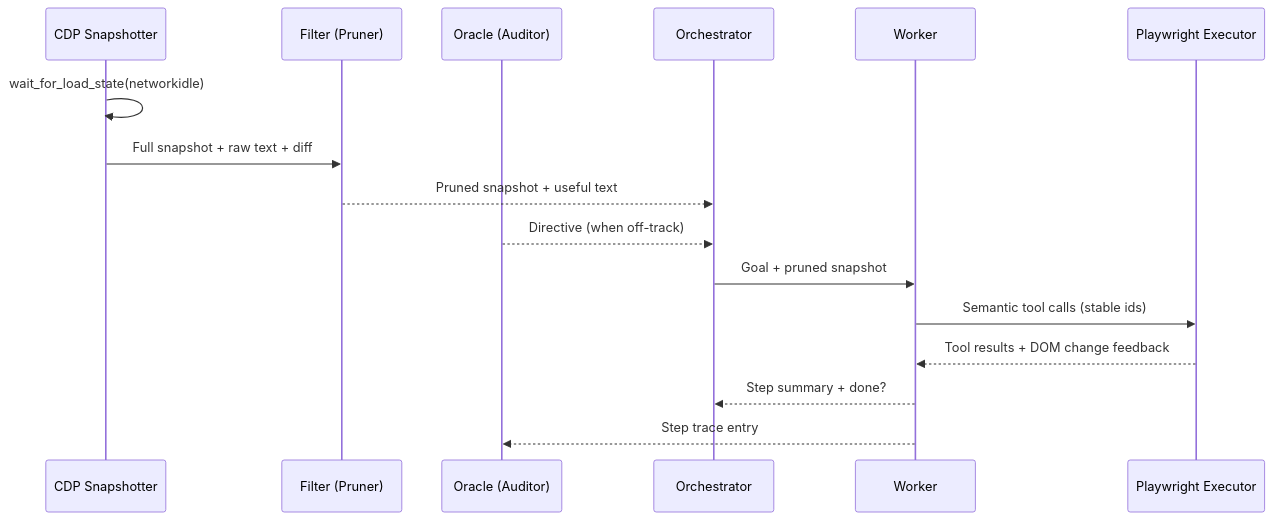
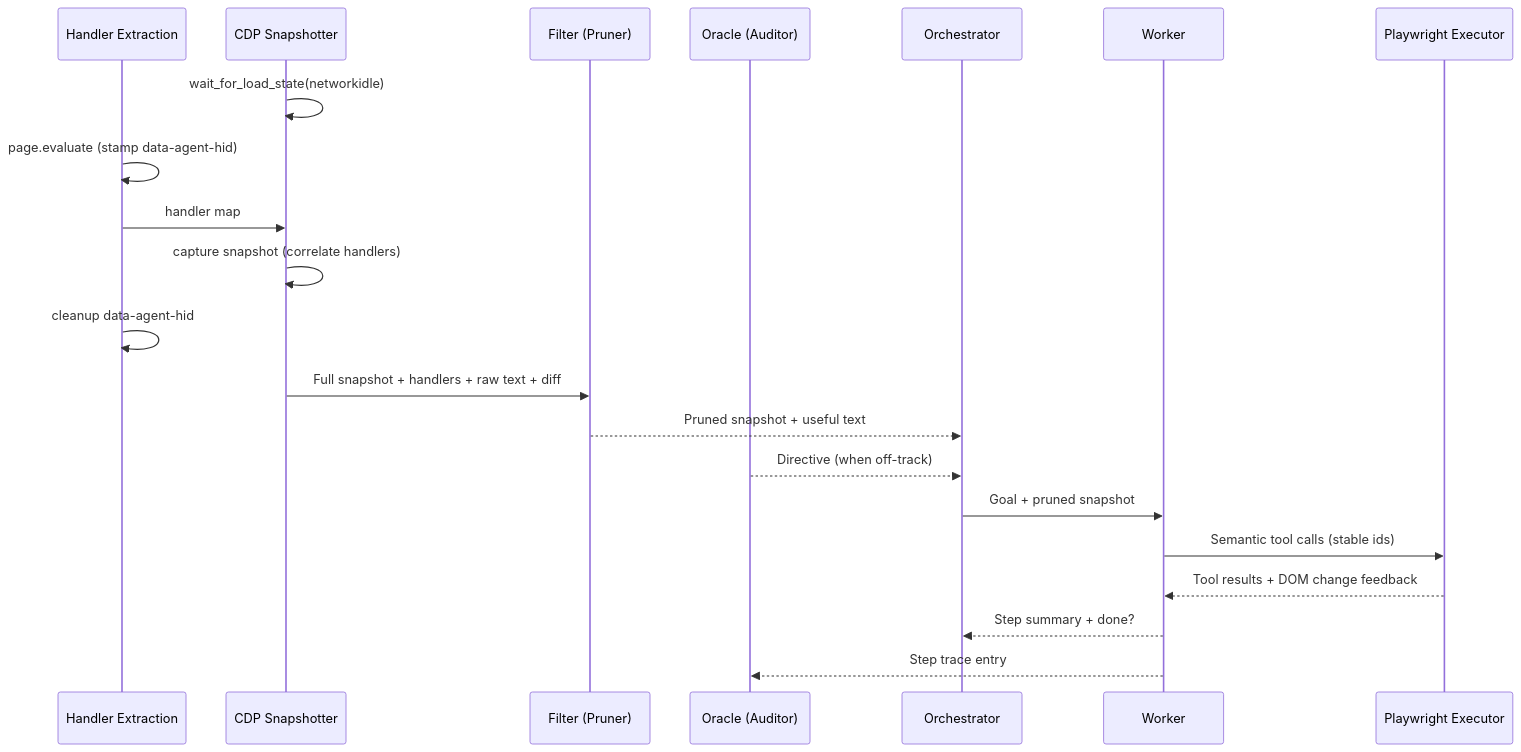
One commit to snehalyelmati/computer-use-perf changed the second of 2 diagrams in README.md. Above: the diagram before and after it, drawn with Mermaid. The commit also changed other lines of this file and 9 other files, not shown here.

````diff
--- a/README.md
+++ b/README.md
@@ -83,19 +86,24 @@
 ```mermaid
 sequenceDiagram
+    participant HE as Handler Extraction
     participant CDP as CDP Snapshotter
     participant Filter as Filter (Pruner)
     participant Oracle as Oracle (Auditor)
     participant Orchestrator as Orchestrator
     participant Worker as Worker
     participant PW as Playwright Executor
 
     CDP->>CDP: wait_for_load_state(networkidle)
-    CDP->>Filter: Full snapshot + raw text + diff
+    HE->>HE: page.evaluate (stamp data-agent-hid)
+    HE->>CDP: handler map
+    CDP->>CDP: capture snapshot (correlate handlers)
+    HE->>HE: cleanup data-agent-hid
+    CDP->>Filter: Full snapshot + handlers + raw text + diff
     Filter-->>Orchestrator: Pruned snapshot + useful text
     Oracle-->>Orchestrator: Directive (when off-track)
     Orchestrator->>Worker: Goal + pruned snapshot
     Worker->>PW: Semantic tool calls (stable ids)
     PW-->>Worker: Tool results + DOM change feedback
     Worker-->>Orchestrator: Step summary + done?
     Worker-->>Oracle: Step trace entry
 ```
````
